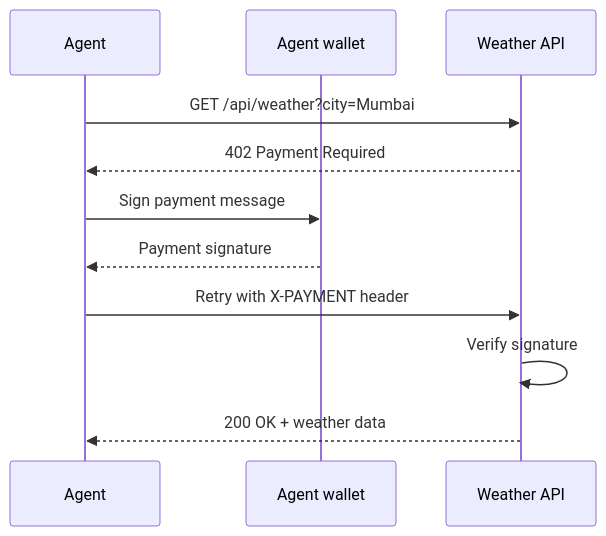
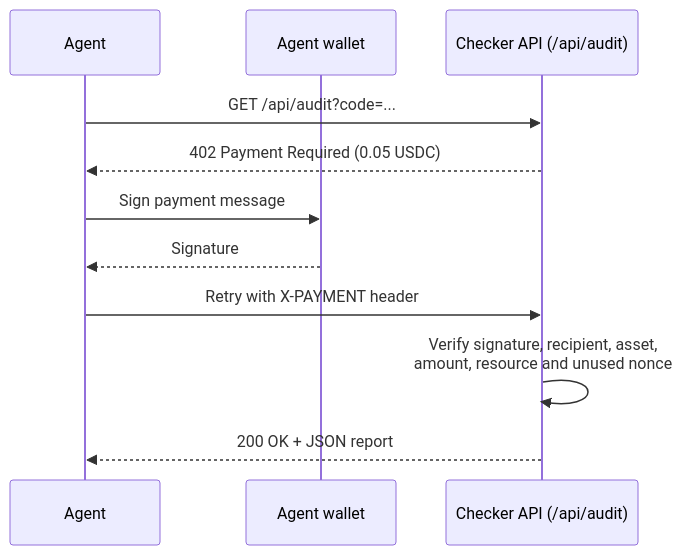
The second of 2 diagrams in README.md (s-m-monika/my-agent), drawn with Mermaid before and after one commit. The commit also changed other lines of this file, not shown here.

Commit message:
Update README for DevPulse Week 2: gas tracker, contract checker, payment checks, tests

````diff
--- a/README.md
+++ b/README.md
@@ -162,13 +202,13 @@
 ```mermaid
 sequenceDiagram
     participant Agent
     participant Wallet as Agent wallet
-    participant API as Weather API
-    Agent->>API: GET /api/weather?city=Mumbai
-    API-->>Agent: 402 Payment Required
+    participant API as Checker API (/api/audit)
+    Agent->>API: GET /api/audit?code=...
+    API-->>Agent: 402 Payment Required (0.05 USDC)
     Agent->>Wallet: Sign payment message
-    Wallet-->>Agent: Payment signature
+    Wallet-->>Agent: Signature
     Agent->>API: Retry with X-PAYMENT header
-    API->>API: Verify signature
-    API-->>Agent: 200 OK + weather data
+    API->>API: Verify signature, recipient, asset,<br/>amount, resource and unused nonce
+    API-->>Agent: 200 OK + JSON report
 ```
````
